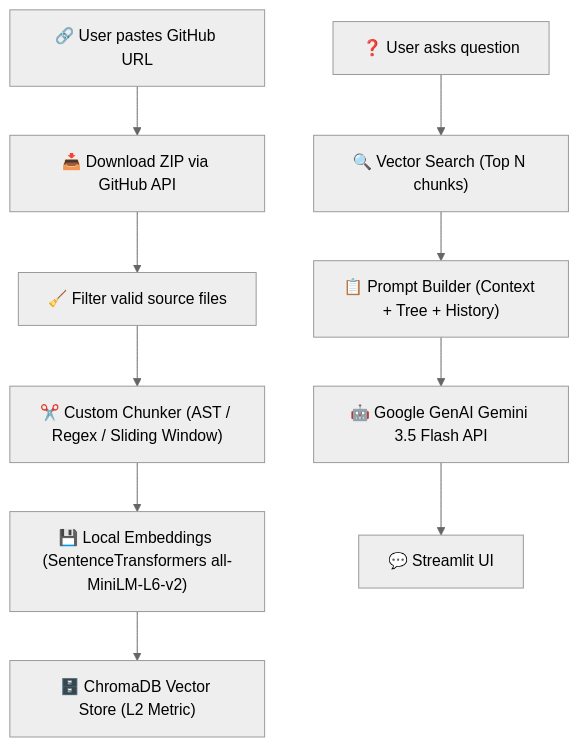
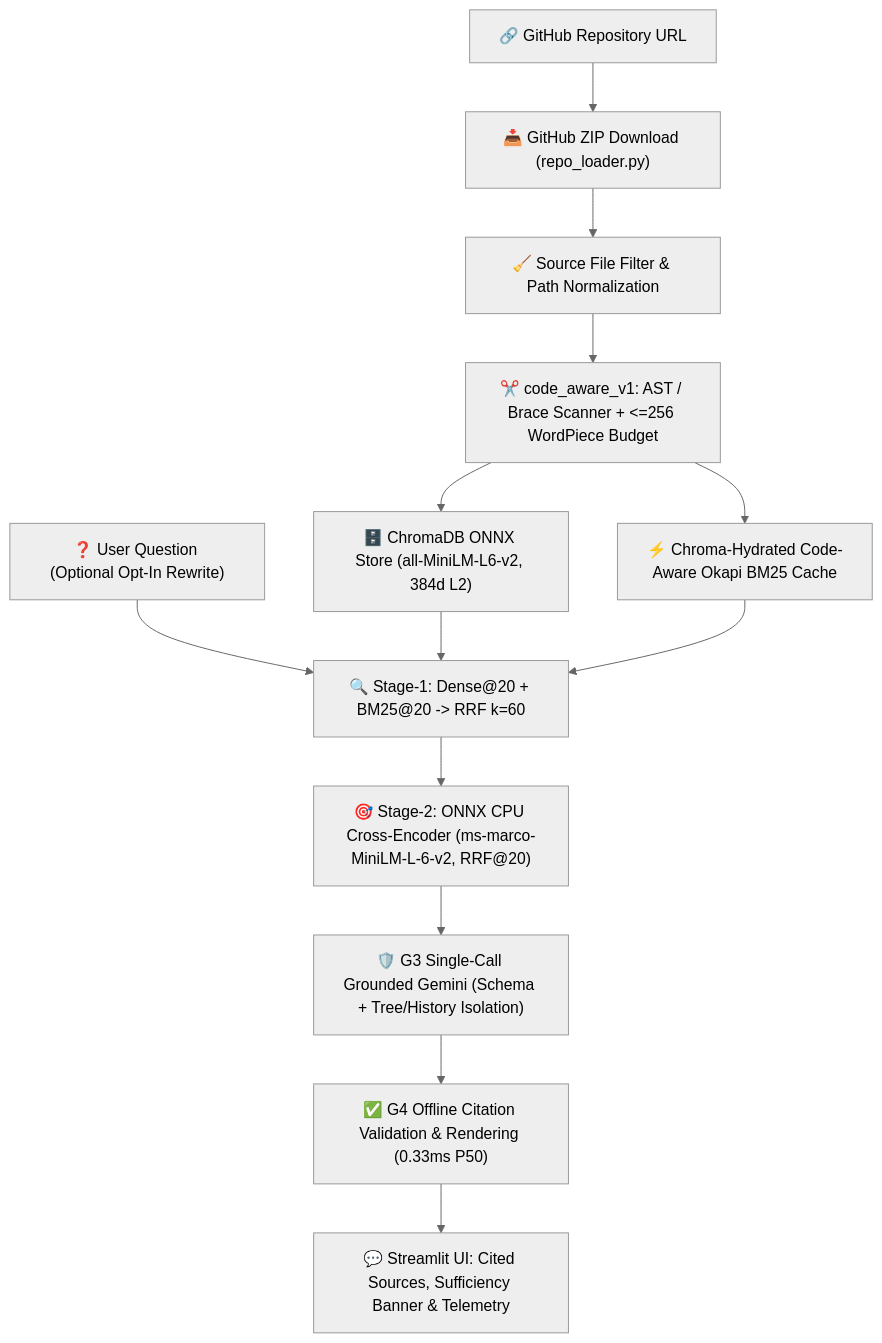
One commit to gaurav-raj5123/codeinsight-ai changed the diagram in README.md. Above: the diagram before and after it, drawn with Mermaid (neutral theme). The commit also changed other lines of this file and 15 other files, not shown here.

Commit message:
Day 7: Final hardening, V0-V4 charts, README & interview guide (v1.0.0 release)

````diff
--- a/README.md
+++ b/README.md
@@ -21,13 +22,16 @@
 ```mermaid
 flowchart TD
-    A["🔗 User pastes GitHub URL"] --> B["📥 Download ZIP via GitHub API"]
-    B --> C["🧹 Filter valid source files"]
-    C --> D["✂️ Custom Chunker (AST / Regex / Sliding Window)"]
-    D --> E["💾 Local Embeddings (SentenceTransformers all-MiniLM-L6-v2)"]
-    E --> F["🗄️ ChromaDB Vector Store (L2 Metric)"]
-    
-    G["❓ User asks question"] --> H["🔍 Vector Search (Top N chunks)"]
-    H --> I["📋 Prompt Builder (Context + Tree + History)"]
-    I --> J["🤖 Google GenAI Gemini 3.5 Flash API"]
-    J --> K["💬 Streamlit UI"]
+    A["🔗 GitHub Repository URL"] --> B["📥 GitHub ZIP Download (repo_loader.py)"]
+    B --> C["🧹 Source File Filter & Path Normalization"]
+    C --> D["✂️ code_aware_v1: AST / Brace Scanner + <=256 WordPiece Budget"]
+    D --> E["🗄️ ChromaDB ONNX Store (all-MiniLM-L6-v2, 384d L2)"]
+    D --> F["⚡ Chroma-Hydrated Code-Aware Okapi BM25 Cache"]
+
+    G["❓ User Question (Optional Opt-In Rewrite)"] --> H["🔍 Stage-1: Dense@20 + BM25@20 -> RRF k=60"]
+    E --> H
+    F --> H
+    H --> I["🎯 Stage-2: ONNX CPU Cross-Encoder (ms-marco-MiniLM-L-6-v2, RRF@20)"]
+    I --> J["🛡️ G3 Single-Call Grounded Gemini (Schema + Tree/History Isolation)"]
+    J --> K["✅ G4 Offline Citation Validation & Rendering (0.33ms P50)"]
+    K --> L["💬 Streamlit UI: Cited Sources, Sufficiency Banner & Telemetry"]
 ```
````
